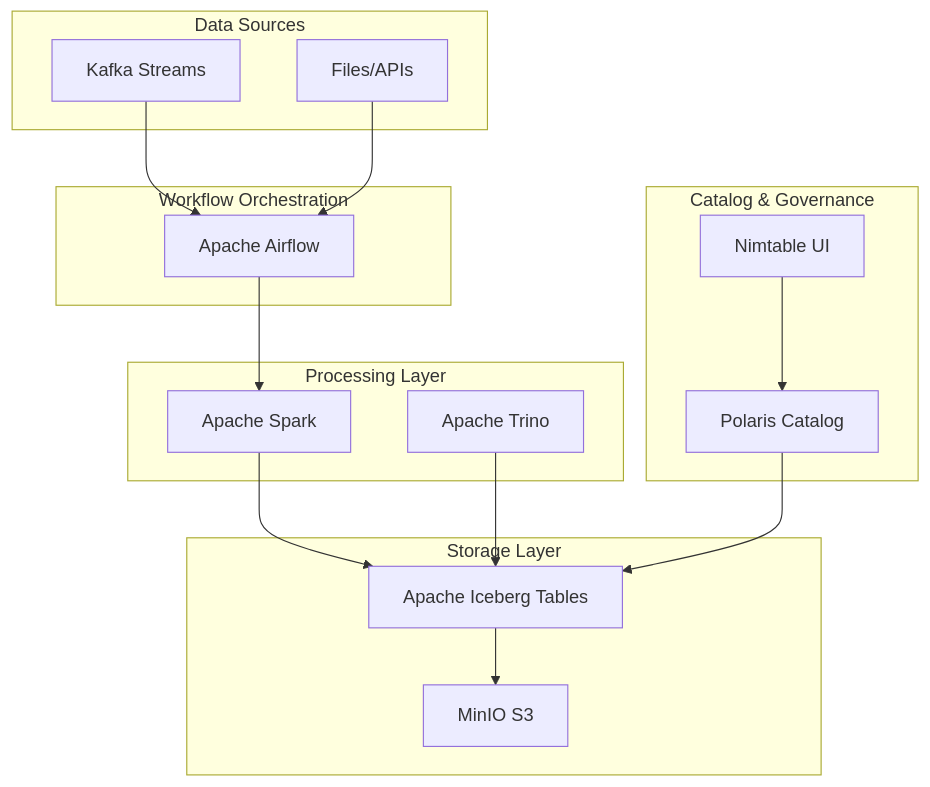
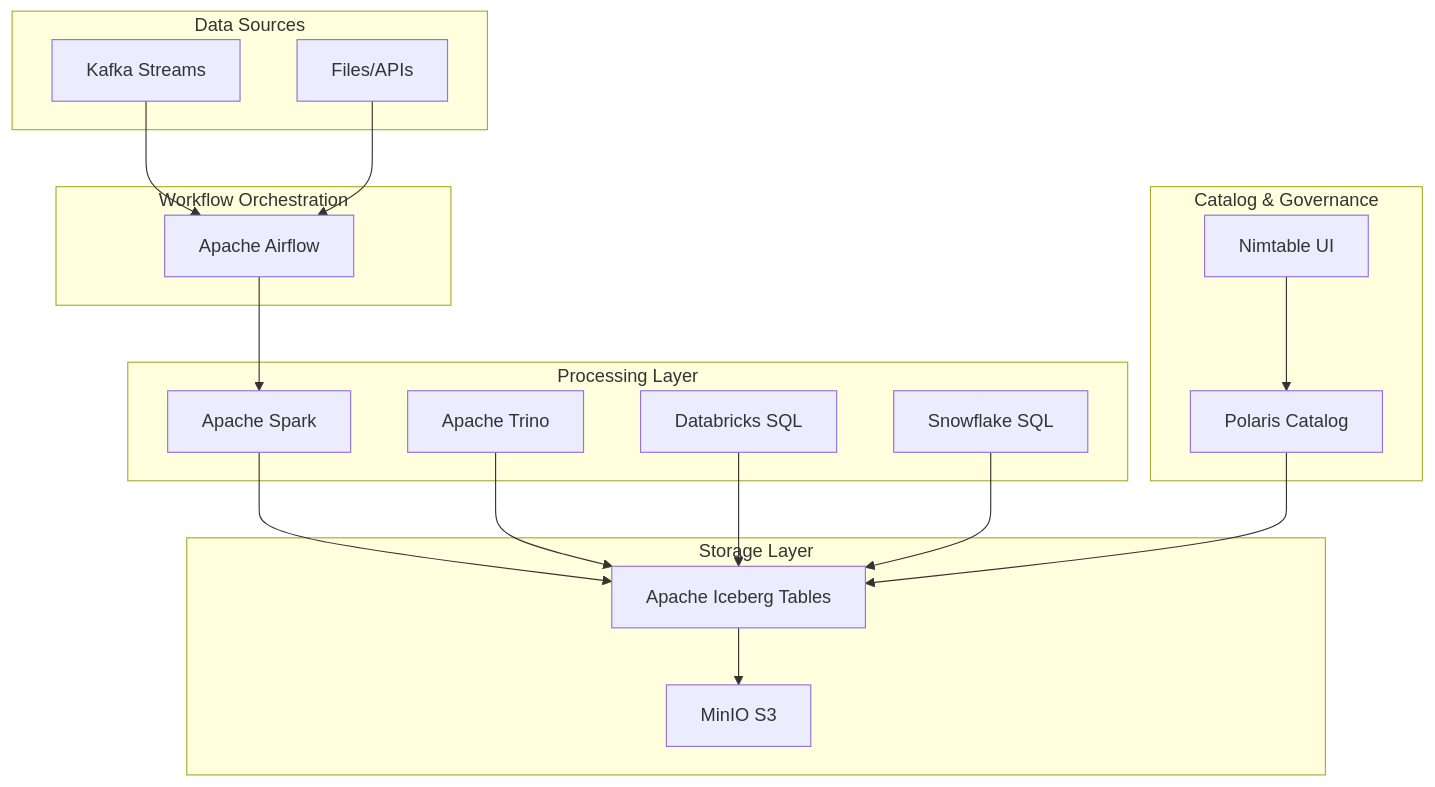
Before and after one commit to lakebyte-ai/lakehouse-sandbox: the diagram in README.md, drawn with Mermaid. The commit also changed other lines of this file and 25 other files, not shown here.

First line of the commit message:
Add Databricks SQL sandbox service and integration

````diff
--- a/README.md
+++ b/README.md
@@ -46,35 +46,39 @@
 ```mermaid
 graph TB
     subgraph "Data Sources"
         K[Kafka Streams]
         F[Files/APIs]
     end
     
     subgraph "Workflow Orchestration"
         AF[Apache Airflow]
     end
     
     subgraph "Processing Layer"
         S[Apache Spark]
         T[Apache Trino]
+        DB[Databricks SQL]
+        SF[Snowflake SQL]
     end
     
     subgraph "Storage Layer"
         MI[MinIO S3]
         I[Apache Iceberg Tables]
     end
     
     subgraph "Catalog & Governance"
         P[Polaris Catalog]
         N[Nimtable UI]
     end
     
     K --> AF
     F --> AF
     AF --> S
     S --> I
     T --> I
+    DB --> I
+    SF --> I
     I --> MI
     P --> I
     N --> P
 ```
````
